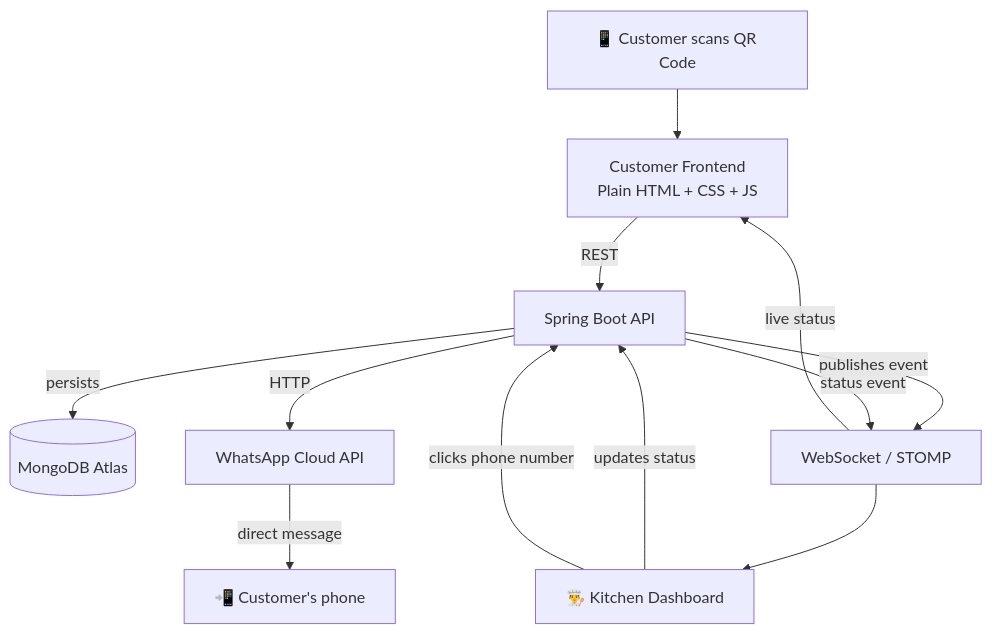
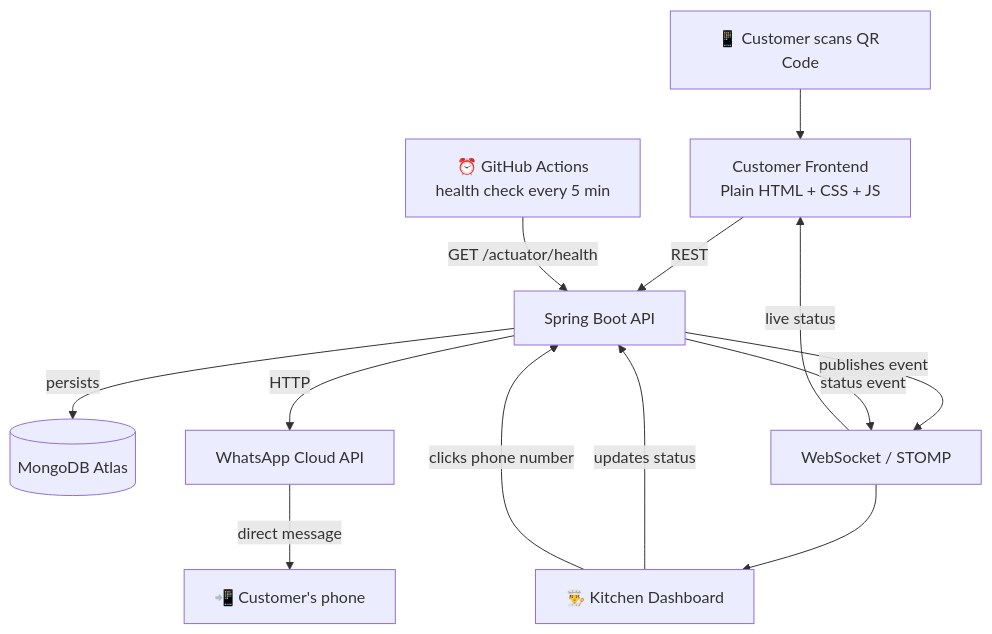
Before and after one commit to GuilhermeDoSantoss/pedacinho-de-maria: the first of 2 diagrams in README.md, drawn with Mermaid. The commit also changed other lines of this file, not shown here.

````diff
--- a/README.md
+++ b/README.md
@@ -63,14 +63,15 @@
 ```mermaid
 flowchart TD
     A[📱 Customer scans QR Code] --> B[Customer Frontend<br/>Plain HTML + CSS + JS]
     B -->|REST| C[Spring Boot API]
     C -->|persists| D[(MongoDB Atlas)]
     C -->|publishes event| E[WebSocket / STOMP]
     E --> F[👨‍🍳 Kitchen Dashboard]
     F -->|updates status| C
     C -->|status event| E
     E -->|live status| B
     F -->|clicks phone number| C
     C -->|HTTP| G[WhatsApp Cloud API]
     G -->|direct message| H[📲 Customer's phone]
+    I[⏰ GitHub Actions<br/>health check every 5 min] -->|GET /actuator/health| C
 ```
````
